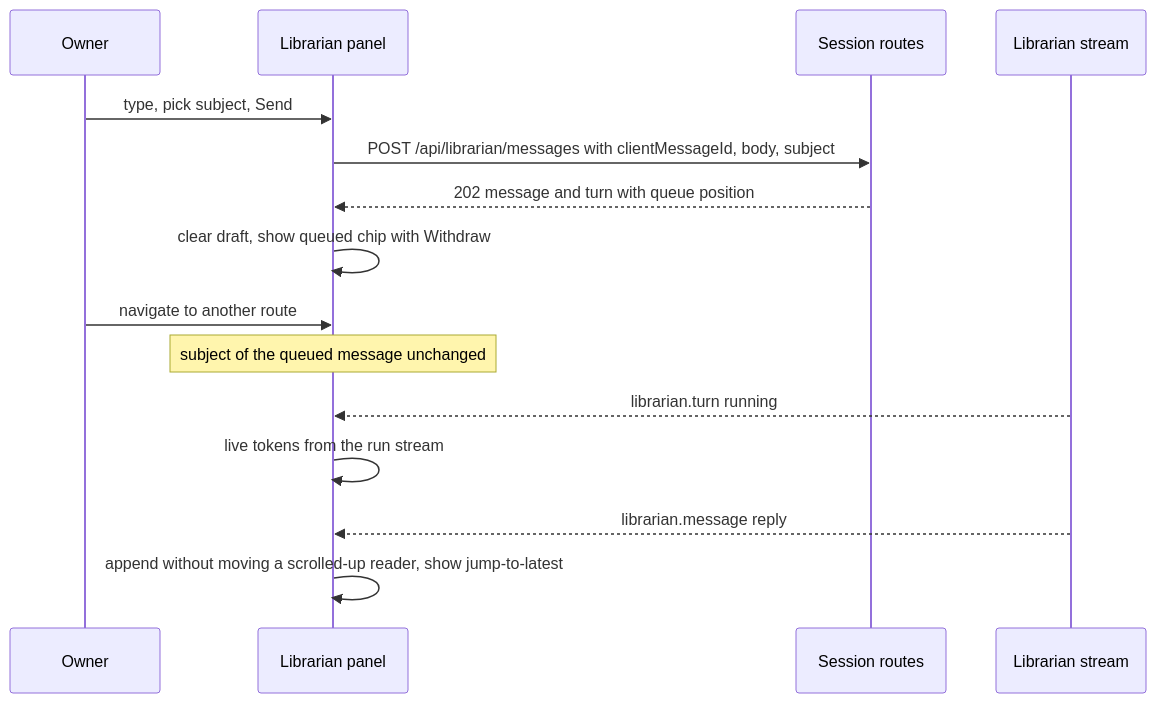
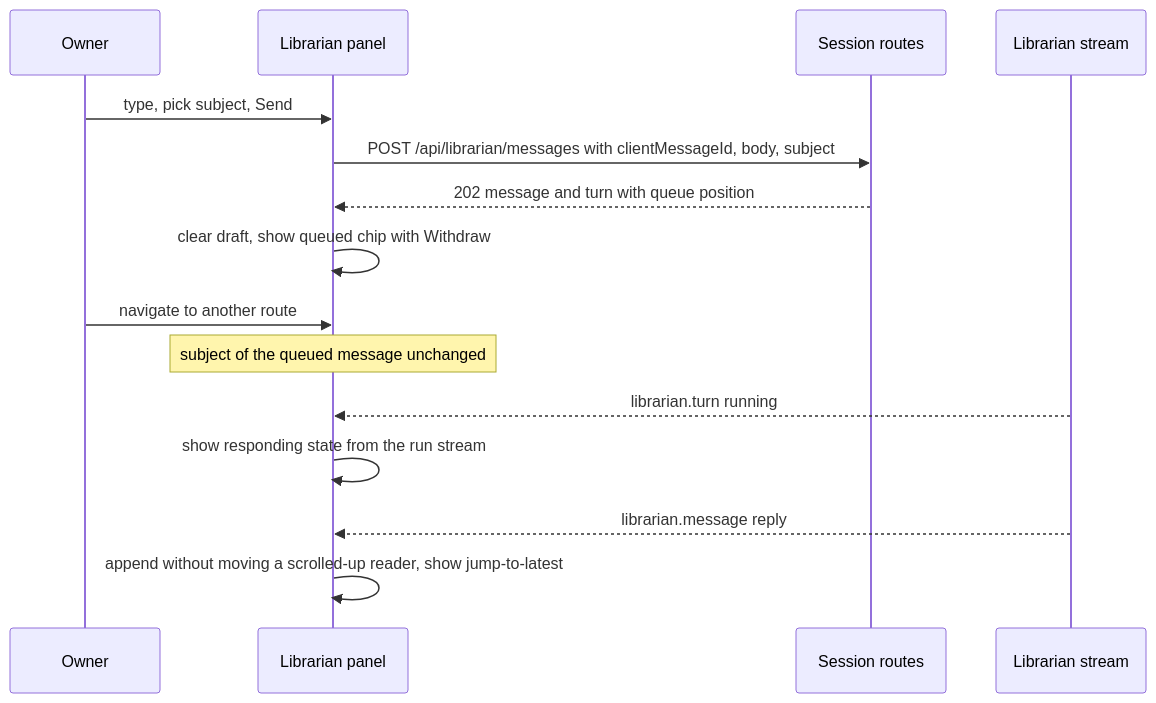
One commit to maister-dev/maister changed the third of 4 diagrams in docs/system-analytics/librarian-surface.md. Above: the diagram before and after it, drawn with Mermaid. The commit also changed other lines of this file and 49 other files, not shown here.

````diff
--- a/docs/system-analytics/librarian-surface.md
+++ b/docs/system-analytics/librarian-surface.md
@@ -92,17 +94,17 @@
 ```mermaid
 sequenceDiagram
     participant U as Owner
     participant P as Librarian panel
     participant W as Session routes
     participant S as Librarian stream
     U->>P: type, pick subject, Send
     P->>W: POST /api/librarian/messages with clientMessageId, body, subject
     W-->>P: 202 message and turn with queue position
     P->>P: clear draft, show queued chip with Withdraw
     U->>P: navigate to another route
     Note over P: subject of the queued message unchanged
     S-->>P: librarian.turn running
-    P->>P: live tokens from the run stream
+    P->>P: show responding state from the run stream
     S-->>P: librarian.message reply
     P->>P: append without moving a scrolled-up reader, show jump-to-latest
 ```
````
